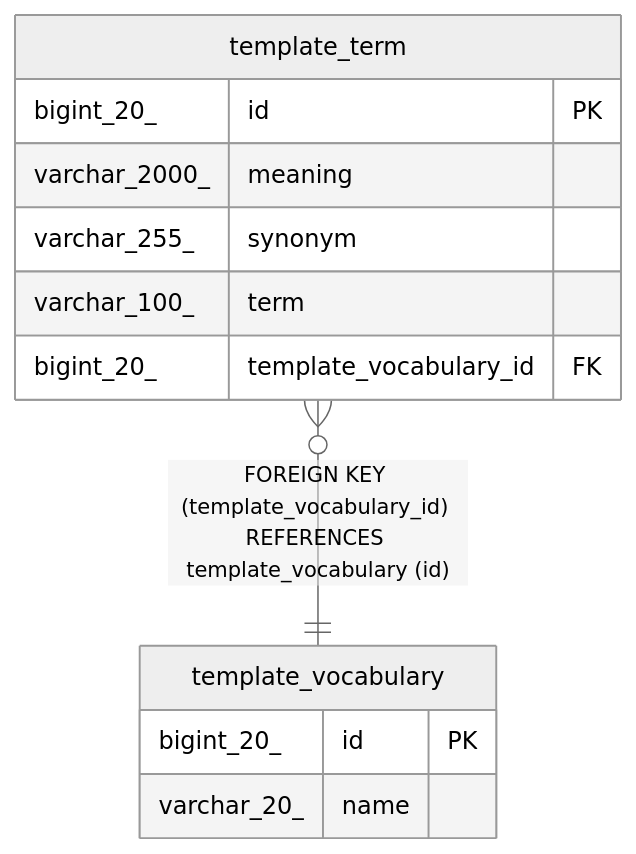
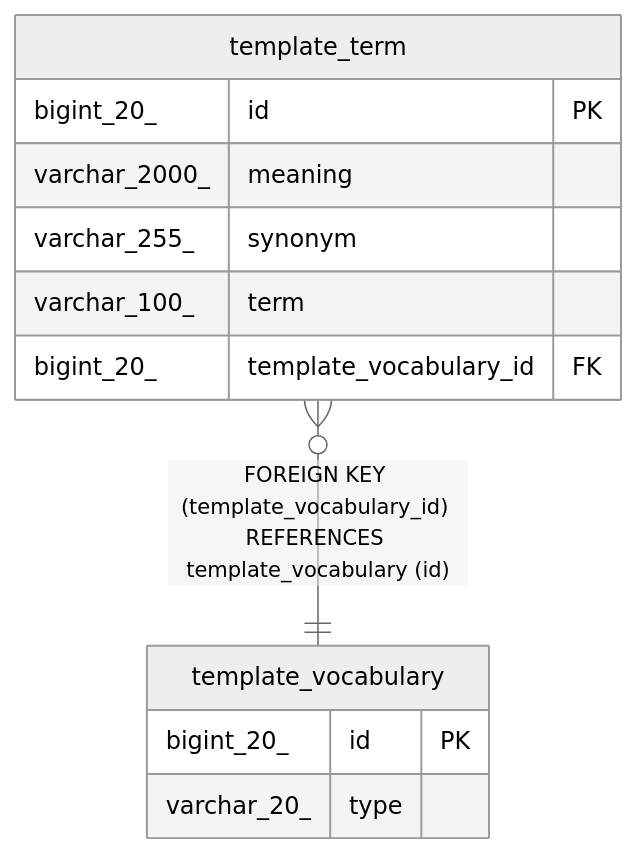
One commit to makevook/vook-server changed the diagram in docs/schema/template_term.md. Above: the diagram before and after it, drawn with Mermaid (neutral theme). The commit also changed 8 other files, not shown here.

Commit message:
docs: schema 문서 업데이트 #153

````diff
--- a/docs/schema/template_term.md
+++ b/docs/schema/template_term.md
@@ -49,17 +49,17 @@
 ```mermaid
 erDiagram
 
 "template_term" }o--|| "template_vocabulary" : "FOREIGN KEY (template_vocabulary_id) REFERENCES template_vocabulary (id)"
 
 "template_term" {
   bigint_20_ id PK
   varchar_2000_ meaning
   varchar_255_ synonym
   varchar_100_ term
   bigint_20_ template_vocabulary_id FK
 }
 "template_vocabulary" {
   bigint_20_ id PK
-  varchar_20_ name
+  varchar_20_ type
 }
 ```
````
